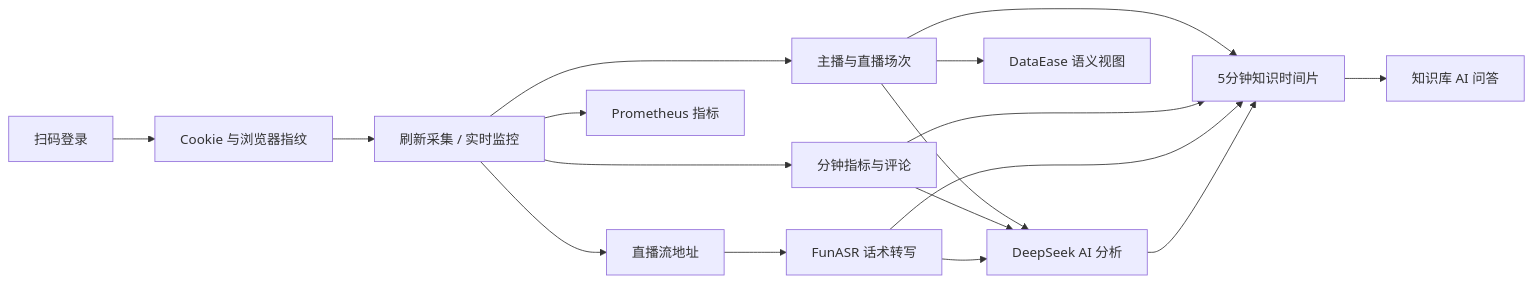
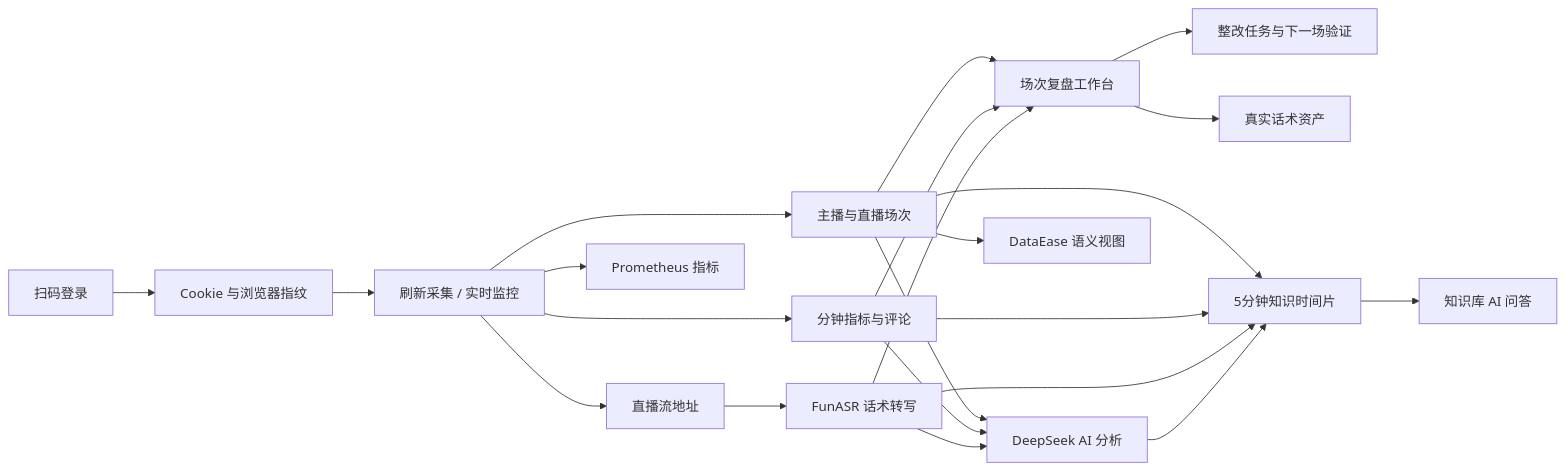
Before and after one commit to lppmql/douyinLive: the diagram in README.md, drawn with Mermaid. The commit also changed other lines of this file and 51 other files, not shown here.

````diff
--- a/README.md
+++ b/README.md
@@ -22,19 +26,24 @@
 ```mermaid
 flowchart LR
     A[扫码登录] --> B[Cookie 与浏览器指纹]
     B --> C[刷新采集 / 实时监控]
     C --> D[主播与直播场次]
     C --> E[分钟指标与评论]
     C --> F[直播流地址]
     F --> G[FunASR 话术转写]
     D --> H[DeepSeek AI 分析]
     E --> H
     G --> H
+    D --> M[场次复盘工作台]
+    E --> M
+    G --> M
+    M --> N[整改任务与下一场验证]
+    M --> O[真实话术资产]
     D --> I[5分钟知识时间片]
     E --> I
     G --> I
     H --> I
     I --> J[知识库 AI 问答]
     D --> K[DataEase 语义视图]
     C --> L[Prometheus 指标]
 ```
````
